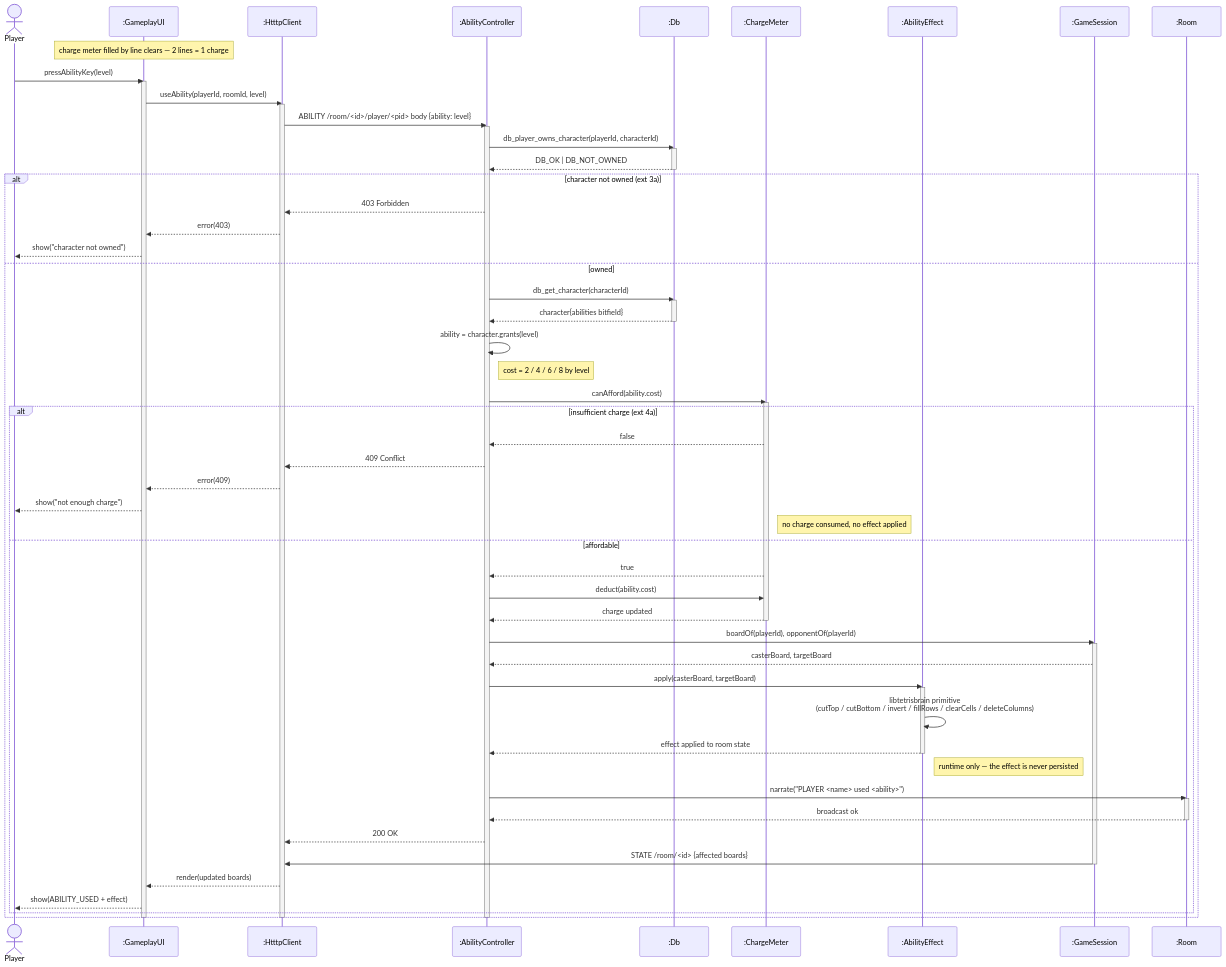
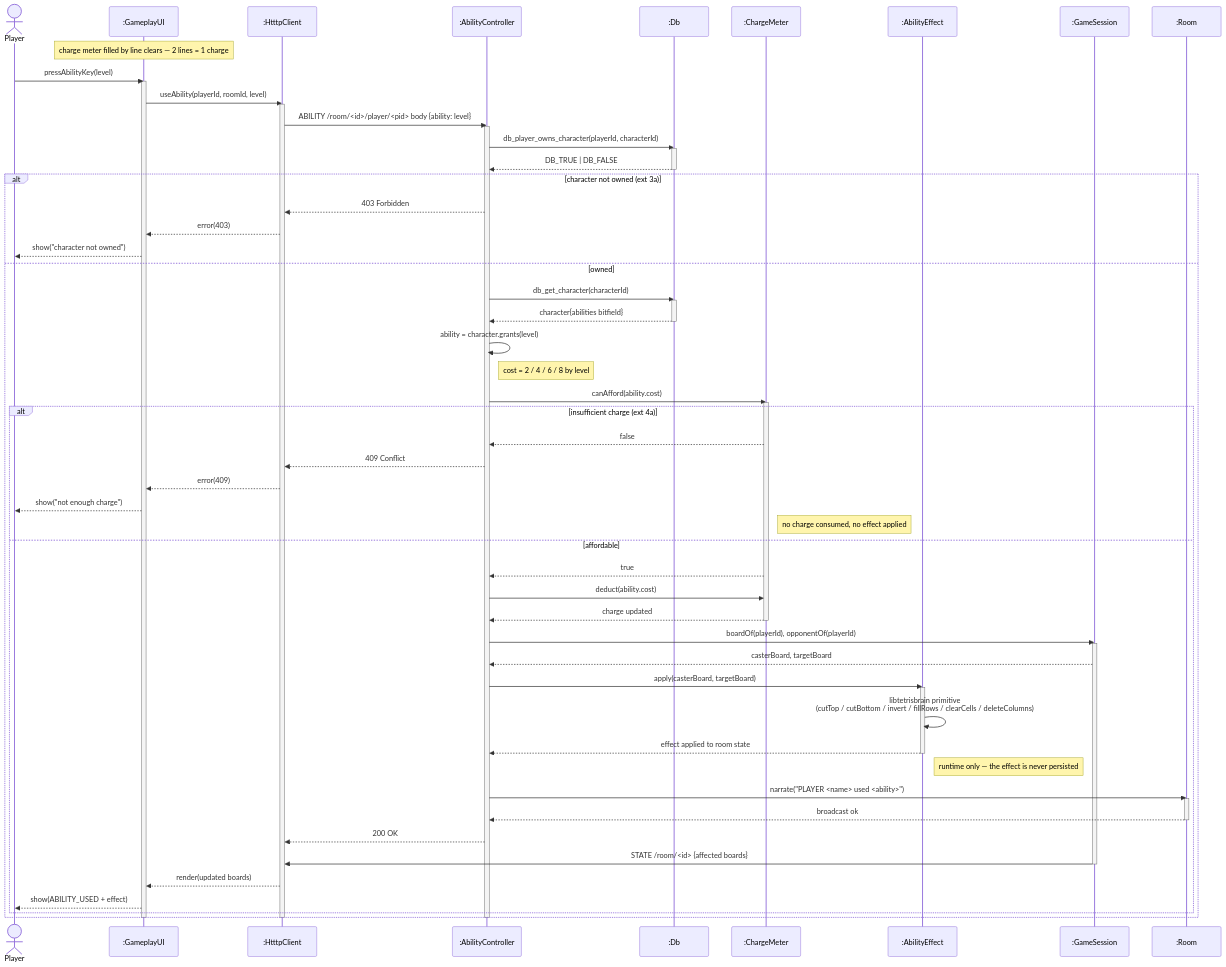
Before and after one commit to ziqiqiiii/tetriSH: diagram 11 of 12 in docs/diagrams/class_and_sequence_diagrams/cd_sd_uc10-uc14.md, drawn with Mermaid. The commit also changed other lines of this file and 9 other files, not shown here.

Commit message:
fix: update ownership probe documentation and diagrams to reflect new t_db_bool type

````diff
--- a/docs/diagrams/class_and_sequence_diagrams/cd_sd_uc10-uc14.md
+++ b/docs/diagrams/class_and_sequence_diagrams/cd_sd_uc10-uc14.md
@@ -1060,81 +1060,81 @@
 ```mermaid
 sequenceDiagram
     actor P as Player
     participant UI as :GameplayUI
     participant C as :HtttpClient
     participant AC as :AbilityController
     participant DB as :Db
     participant CM as :ChargeMeter
     participant EF as :AbilityEffect
     participant GS as :GameSession
     participant R as :Room
 
     note over UI: charge meter filled by line clears — 2 lines = 1 charge
 
     P->>UI: pressAbilityKey(level)
     activate UI
     UI->>C: useAbility(playerId, roomId, level)
     activate C
     C->>AC: ABILITY /room/<id>/player/<pid>  body {ability: level}
     activate AC
 
     AC->>DB: db_player_owns_character(playerId, characterId)
     activate DB
-    DB-->>AC: DB_OK | DB_NOT_OWNED
+    DB-->>AC: DB_TRUE | DB_FALSE
     deactivate DB
 
     alt character not owned  (ext 3a)
         AC-->>C: 403 Forbidden
         C-->>UI: error(403)
         UI-->>P: show("character not owned")
     else owned
         AC->>DB: db_get_character(characterId)
         activate DB
         DB-->>AC: character{abilities bitfield}
         deactivate DB
         AC->>AC: ability = character.grants(level)
         note right of AC: cost = 2 / 4 / 6 / 8 by level
 
         AC->>CM: canAfford(ability.cost)
         activate CM
 
         alt insufficient charge  (ext 4a)
             CM-->>AC: false
             AC-->>C: 409 Conflict
             C-->>UI: error(409)
             UI-->>P: show("not enough charge")
             note right of CM: no charge consumed, no effect applied
         else affordable
             CM-->>AC: true
             AC->>CM: deduct(ability.cost)
             CM-->>AC: charge updated
             deactivate CM
 
             AC->>GS: boardOf(playerId), opponentOf(playerId)
             activate GS
             GS-->>AC: casterBoard, targetBoard
 
             AC->>EF: apply(casterBoard, targetBoard)
             activate EF
             EF->>EF: libtetrisbrain primitive<br/>(cutTop / cutBottom / invert / fillRows / clearCells / deleteColumns)
             EF-->>AC: effect applied to room state
             deactivate EF
             note right of EF: runtime only — the effect is never persisted
 
             AC->>R: narrate("PLAYER <name> used <ability>")
             activate R
             R-->>AC: broadcast ok
             deactivate R
 
             AC-->>C: 200 OK
             GS->>C: STATE /room/<id>  {affected boards}
             deactivate GS
             C-->>UI: render(updated boards)
             UI-->>P: show(ABILITY_USED + effect)
         end
     end
 
     deactivate AC
     deactivate C
     deactivate UI
 ```
````
